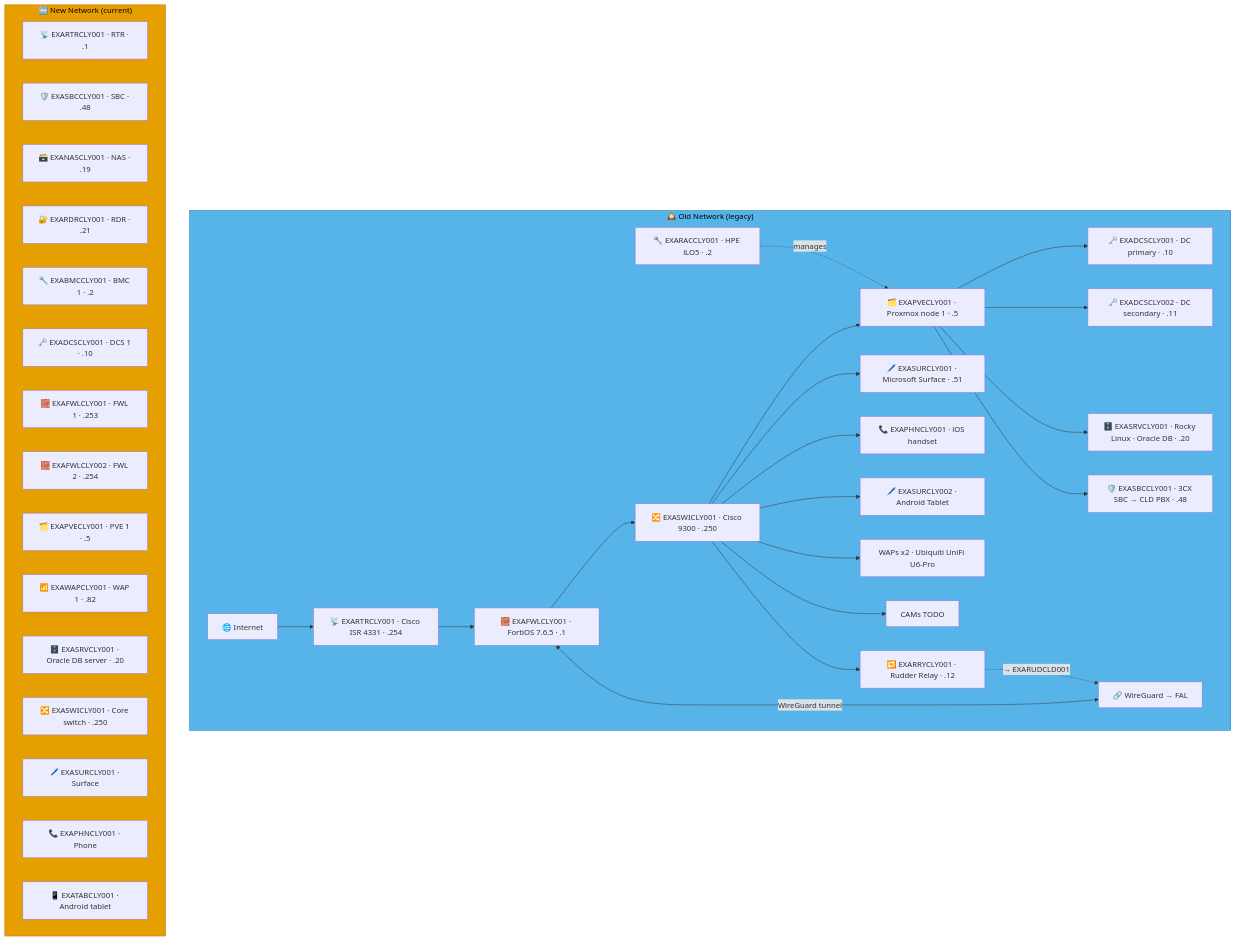
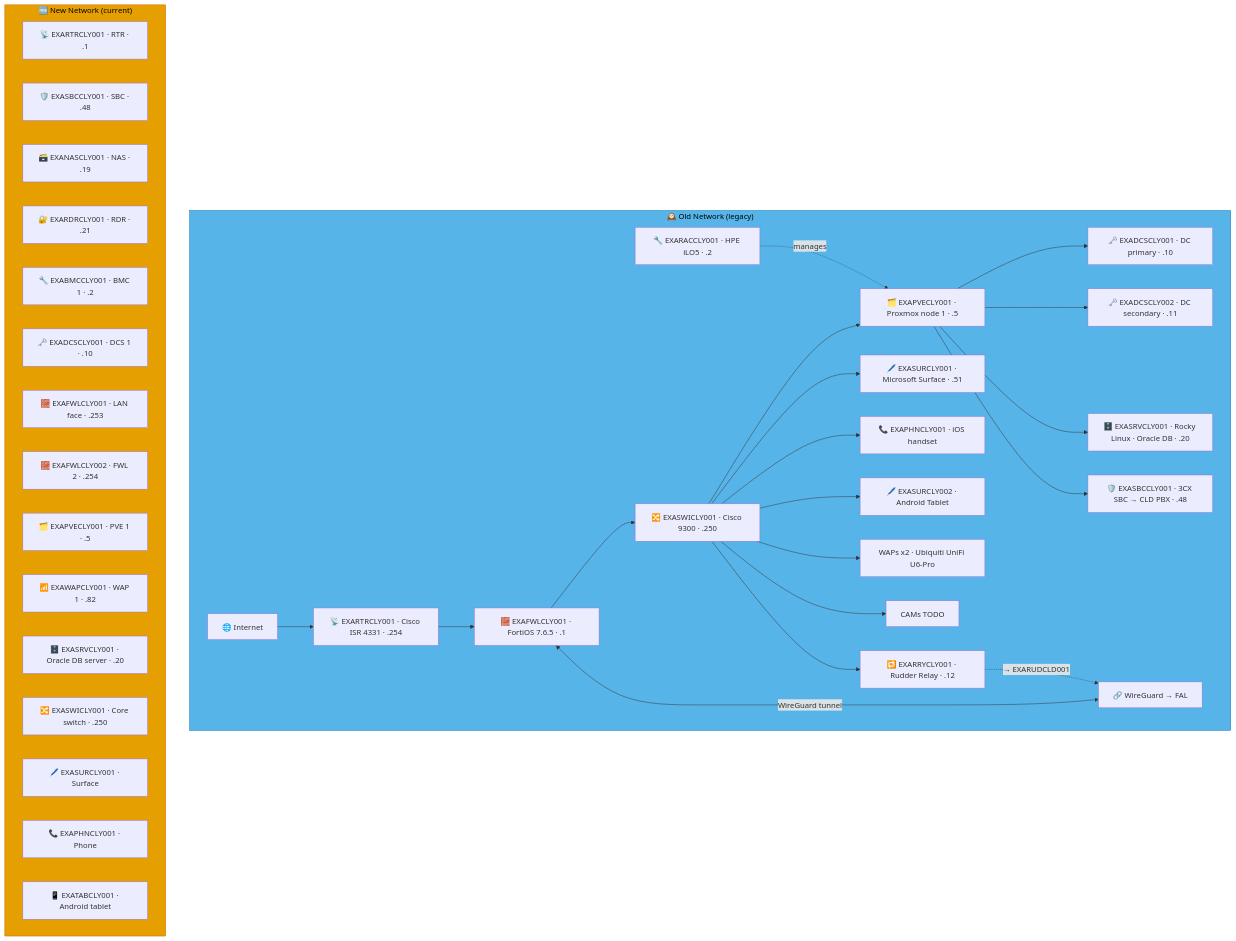
Before and after one commit to knightmare2600/example_music_infra: the fourth of 7 diagrams in docs/network-diagram/scotland.md, drawn with Mermaid. The commit also changed other lines of this file and 17 other files, not shown here.

````diff
--- a/docs/network-diagram/scotland.md
+++ b/docs/network-diagram/scotland.md
@@ -299,52 +299,52 @@
 ```mermaid
 graph TD
     subgraph OLD_CLY ["🕰️ Old Network (legacy)"]
       INET["🌐 Internet"]
       FWL["🧱 EXAFWLCLY001 · FortiOS 7.6.5 · .1"]
       RTR["📡 EXARTRCLY001 · Cisco ISR 4331 · .254"]
       SW["🔀 EXASWICLY001 · Cisco 9300 · .250"]
       RAC["🔧 EXARACCLY001 · HPE iLO5 · .2"]
       PVE["🗂️ EXAPVECLY001 · Proxmox node 1 · .5"]
       DC1["🗝️ EXADCSCLY001 · DC primary · .10"]
       DC2["🗝️ EXADCSCLY002 · DC secondary · .11"]
       SRV["🗄️ EXASRVCLY001 · Rocky Linux · Oracle DB · .20"]
       SBC["🛡️ EXASBCCLY001 · 3CX SBC → CLD PBX · .48"]
       RRY["🔁 EXARRYCLY001 · Rudder Relay · .12"]
       SUR["🖊️ EXASURCLY001 · Microsoft Surface · .51"]
       PHN["📞 EXAPHNCLY001 · iOS handset"]
       TAB["🖊️ EXASURCLY002 · Android Tablet"]
       WAP["WAPs x2 · Ubiquiti UniFi U6-Pro"]
       CAM["CAMs TODO"]
       VPN["🔗 WireGuard → FAL"]
 
       INET --> RTR --> FWL --> SW
       SW --> PVE --> DC1 & DC2 & SRV & SBC
       RAC -.->|"manages"| PVE
       SW --> SUR & PHN & TAB & WAP & CAM
       FWL <-->|"WireGuard tunnel"| VPN
 
       SW --> RRY
       RRY -. "→ EXARUDCLD001" .-> VPN
     end
     style OLD_CLY fill:#56B4E9,stroke:#0072B2,color:#000000
     %% GENERATED:NEW-NETWORK:CLY:START
     subgraph NEW_CLY ["🆕 New Network (current)"]
       N_RTR["📡 EXARTRCLY001 · RTR · .1"]
       N_SBC["🛡️ EXASBCCLY001 · SBC · .48"]
       N_NAS["🗃️ EXANASCLY001 · NAS · .19"]
       N_RDR["🔐 EXARDRCLY001 · RDR · .21"]
       N_BMC["🔧 EXABMCCLY001 · BMC 1 · .2"]
       N_DCS["🗝️ EXADCSCLY001 · DCS 1 · .10"]
-      N_FWL["🧱 EXAFWLCLY001 · FWL 1 · .253"]
+      N_FWL["🧱 EXAFWLCLY001 · LAN face · .253"]
       N_FWL2["🧱 EXAFWLCLY002 · FWL 2 · .254"]
       N_PVE["🗂️ EXAPVECLY001 · PVE 1 · .5"]
       N_WAP["📶 EXAWAPCLY001 · WAP 1 · .82"]
       N_SRV["🗄️ EXASRVCLY001 · Oracle DB server · .20"]
       N_SWI["🔀 EXASWICLY001 · Core switch · .250"]
       N_SUR["🖊️ EXASURCLY001 · Surface"]
       N_PHN["📞 EXAPHNCLY001 · Phone"]
       N_TAB["📱 EXATABCLY001 · Android tablet"]
     end
     style NEW_CLY fill:#E69F00,stroke:#D55E00,color:#000000
     %% GENERATED:NEW-NETWORK:CLY:END
 ```
````
